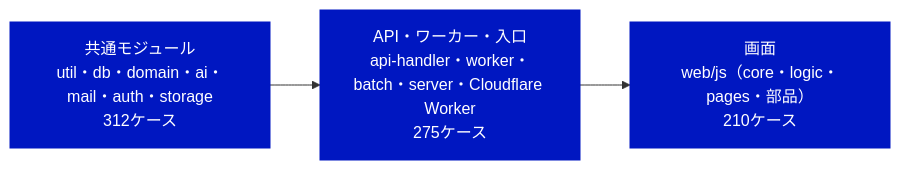
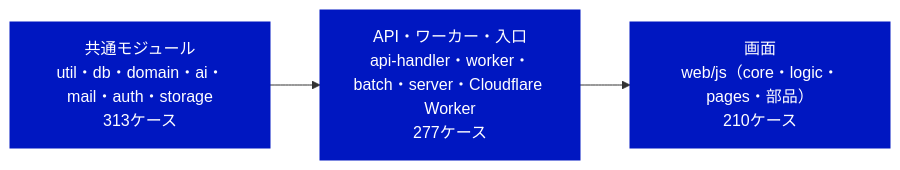
The first of 4 diagrams in documents/モジュールテスト結果報告書_RPG学習アプリ.md (pocarialice/rpglearning), drawn with Mermaid before and after one commit. The commit also changed other lines of this file and 8 other files, not shown here.

````diff
--- a/documents/モジュールテスト結果報告書_RPG学習アプリ.md
+++ b/documents/モジュールテスト結果報告書_RPG学習アプリ.md
@@ -23,7 +23,7 @@
 ```mermaid
 flowchart LR
-  A["共通モジュール<br>util・db・domain・ai・mail・auth・storage<br>312ケース"]:::done --> B["API・ワーカー・入口<br>api-handler・worker・batch・server・Cloudflare Worker<br>275ケース"]:::done
+  A["共通モジュール<br>util・db・domain・ai・mail・auth・storage<br>313ケース"]:::done --> B["API・ワーカー・入口<br>api-handler・worker・batch・server・Cloudflare Worker<br>277ケース"]:::done
   B --> C["画面<br>web/js（core・logic・pages・部品）<br>210ケース"]:::done
   classDef done fill:#0017C1,color:#fff,stroke:#0017C1
   classDef todo fill:#fff,color:#414141,stroke:#B4B4B4,stroke-dasharray:4 3
 ```
````
